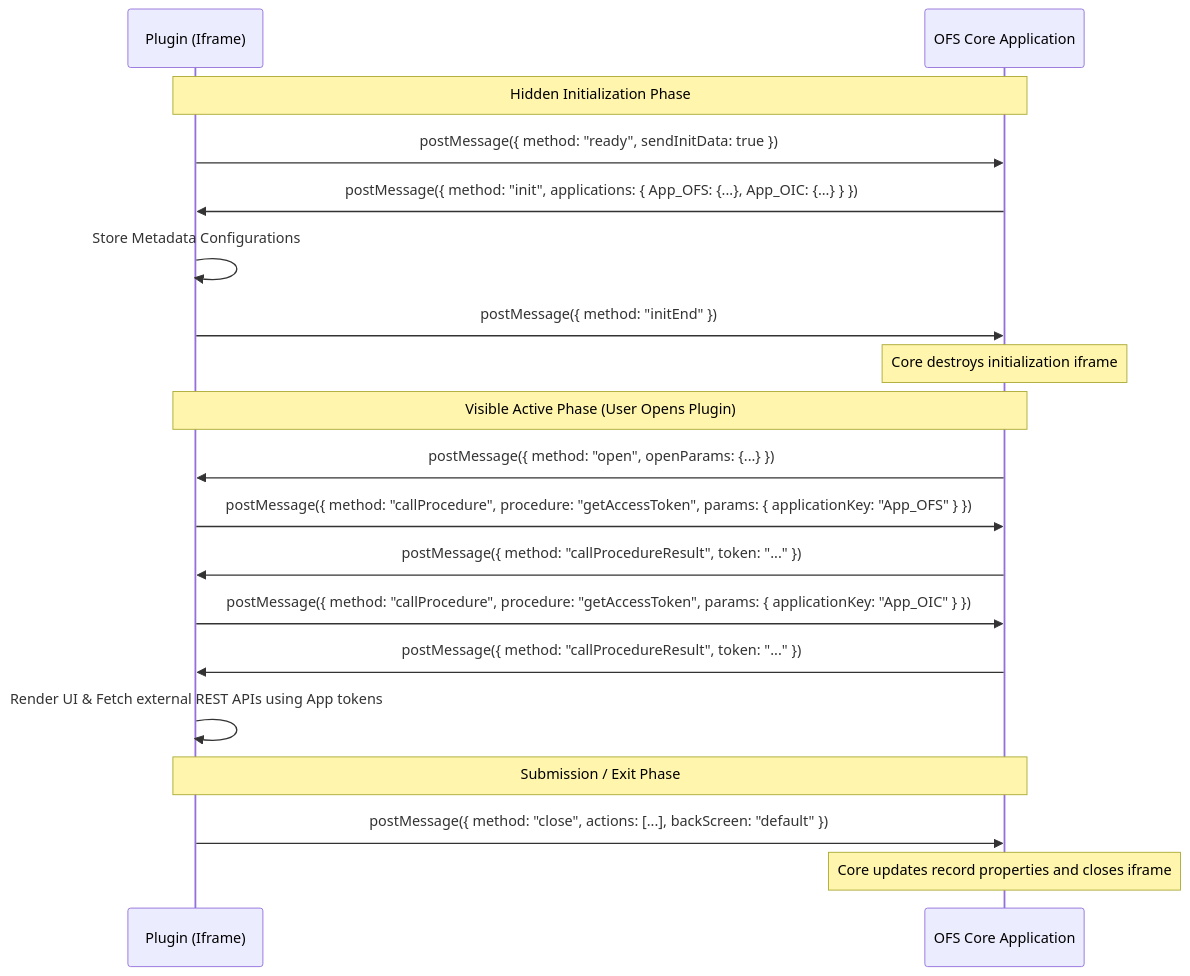
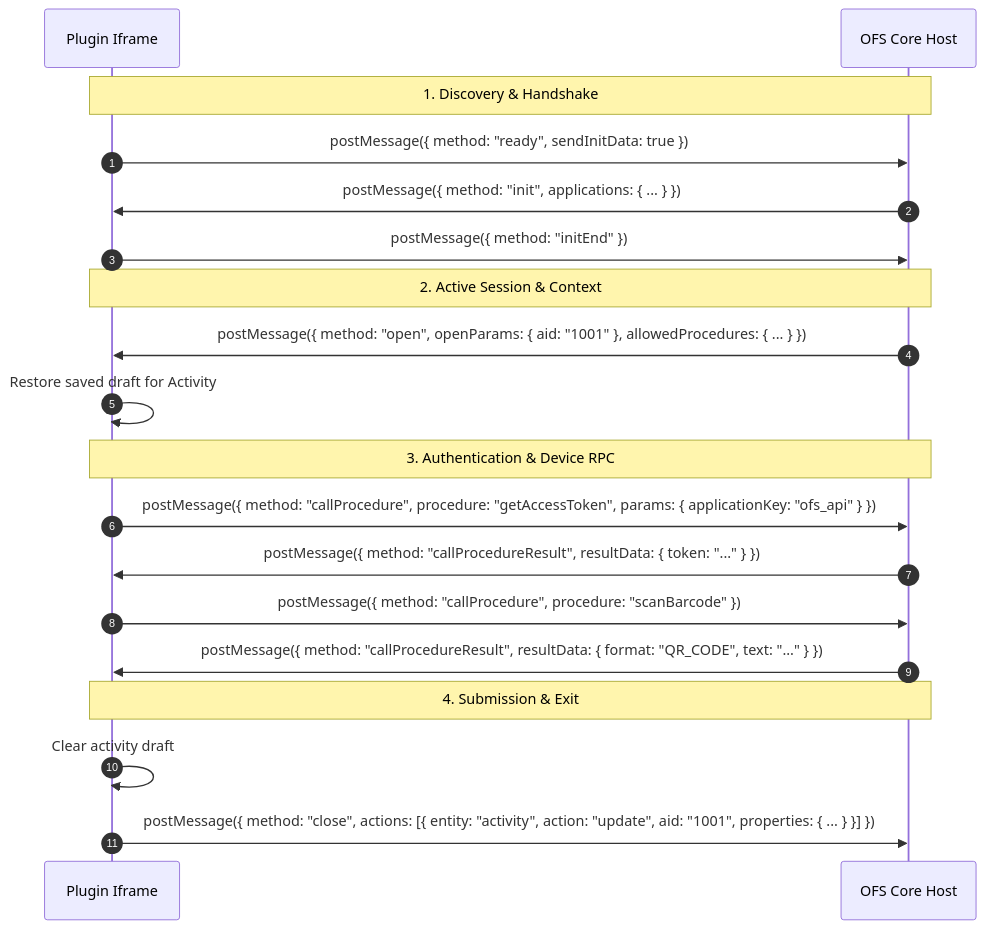
Before and after one commit to saikumargudelly/oracle-field-service-plugin-template: the diagram in README.md, drawn with Mermaid. The commit also changed other lines of this file and 8 other files, not shown here.

Commit message:
Enhance OFS plugin template: improve security, lifecycle handling, local simulator, and developer guide

````diff
--- a/README.md
+++ b/README.md
@@ -38,24 +43,25 @@
 ```mermaid
 sequenceDiagram
-    participant P as Plugin (Iframe)
-    participant H as OFS Core Application
-    
-    Note over P,H: Hidden Initialization Phase
+    autonumber
+    participant P as Plugin Iframe
+    participant H as OFS Core Host
+
+    Note over P,H: 1. Discovery & Handshake
     P->>H: postMessage({ method: "ready", sendInitData: true })
-    H->>P: postMessage({ method: "init", applications: { App_OFS: {...}, App_OIC: {...} } })
-    P->>P: Store Metadata Configurations
+    H->>P: postMessage({ method: "init", applications: { ... } })
     P->>H: postMessage({ method: "initEnd" })
-    Note over H: Core destroys initialization iframe
-    
-    Note over P,H: Visible Active Phase (User Opens Plugin)
-    H->>P: postMessage({ method: "open", openParams: {...} })
-    P->>H: postMessage({ method: "callProcedure", procedure: "getAccessToken", params: { applicationKey: "App_OFS" } })
-    H->>P: postMessage({ method: "callProcedureResult", token: "..." })
-    P->>H: postMessage({ method: "callProcedure", procedure: "getAccessToken", params: { applicationKey: "App_OIC" } })
-    H->>P: postMessage({ method: "callProcedureResult", token: "..." })
-    P->>P: Render UI & Fetch external REST APIs using App tokens
-    
-    Note over P,H: Submission / Exit Phase
-    P->>H: postMessage({ method: "close", actions: [...], backScreen: "default" })
-    Note over H: Core updates record properties and closes iframe
+
+    Note over P,H: 2. Active Session & Context
+    H->>P: postMessage({ method: "open", openParams: { aid: "1001" }, allowedProcedures: { ... } })
+    P->>P: Restore saved draft for Activity #1001
+
+    Note over P,H: 3. Authentication & Device RPC
+    P->>H: postMessage({ method: "callProcedure", procedure: "getAccessToken", params: { applicationKey: "ofs_api" } })
+    H->>P: postMessage({ method: "callProcedureResult", resultData: { token: "..." } })
+    P->>H: postMessage({ method: "callProcedure", procedure: "scanBarcode" })
+    H->>P: postMessage({ method: "callProcedureResult", resultData: { format: "QR_CODE", text: "..." } })
+
+    Note over P,H: 4. Submission & Exit
+    P->>P: Clear activity draft
+    P->>H: postMessage({ method: "close", actions: [{ entity: "activity", action: "update", aid: "1001", properties: { ... } }] })
 ```
````
